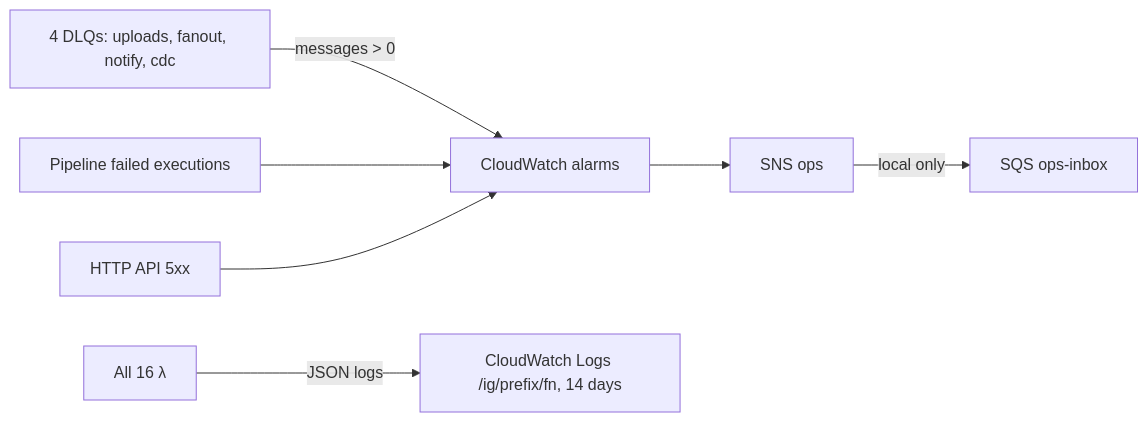
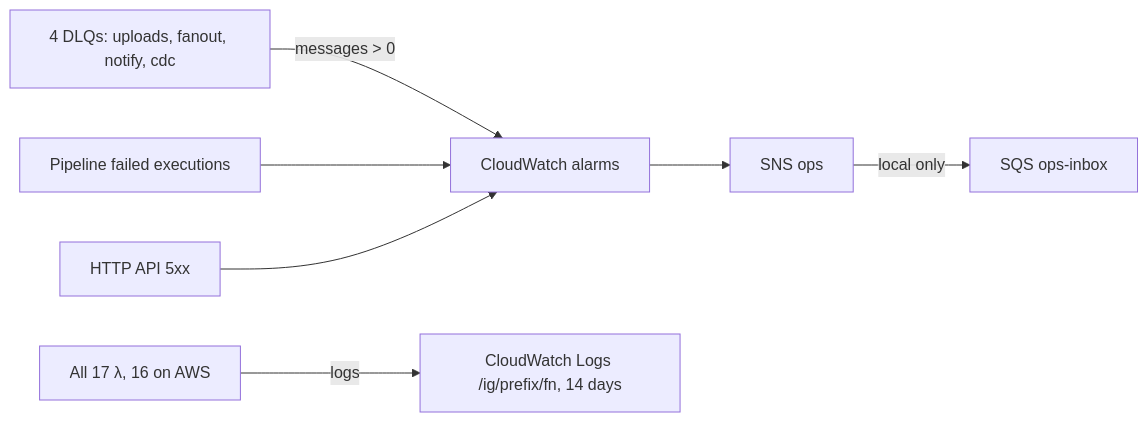
One commit to Am4nn/aws-instagram-lite changed the fourth of 4 diagrams in docs/learn/architecture.md. Above: the diagram before and after it, drawn with Mermaid. The commit also changed other lines of this file and 6 other files, not shown here.

First line of the commit message:
docs: step 9 SSR explainer, study list, architecture (17/16 Lambdas, new request path), Floci gaps, notes section 10

````diff
--- a/docs/learn/architecture.md
+++ b/docs/learn/architecture.md
@@ -59,8 +65,8 @@
 ```mermaid
 flowchart LR
   DLQS[4 DLQs: uploads, fanout, notify, cdc] -->|messages > 0| AL[CloudWatch alarms]
   SFN[Pipeline failed executions] --> AL
   API[HTTP API 5xx] --> AL
   AL --> OPS[SNS ops] -->|local only| INBOX[SQS ops-inbox]
-  L[All 16 λ] -->|JSON logs| CWL[CloudWatch Logs /ig/prefix/fn, 14 days]
+  L[All 17 λ, 16 on AWS] -->|logs| CWL[CloudWatch Logs /ig/prefix/fn, 14 days]
 ```
````
